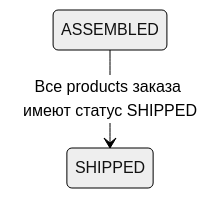
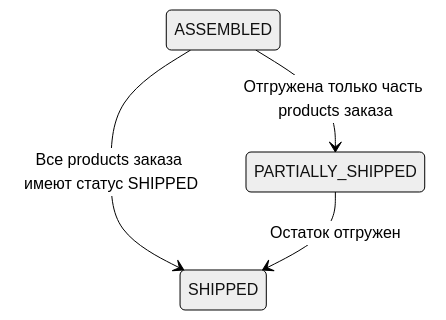
Before and after one commit to oglenyaboss/avalanche-wms: the fourth of 7 diagrams in docs/flows/shipping-flow.md, drawn with Mermaid (neutral theme). The commit also changed other lines of this file and 10 other files, not shown here.

````diff
--- a/docs/flows/shipping-flow.md
+++ b/docs/flows/shipping-flow.md
@@ -109,4 +121,6 @@
 ```mermaid
 stateDiagram-v2
     ASSEMBLED --> SHIPPED : Все products заказа имеют статус SHIPPED
+    ASSEMBLED --> PARTIALLY_SHIPPED : Отгружена только часть products заказа
+    PARTIALLY_SHIPPED --> SHIPPED : Остаток отгружен
 ```
````
